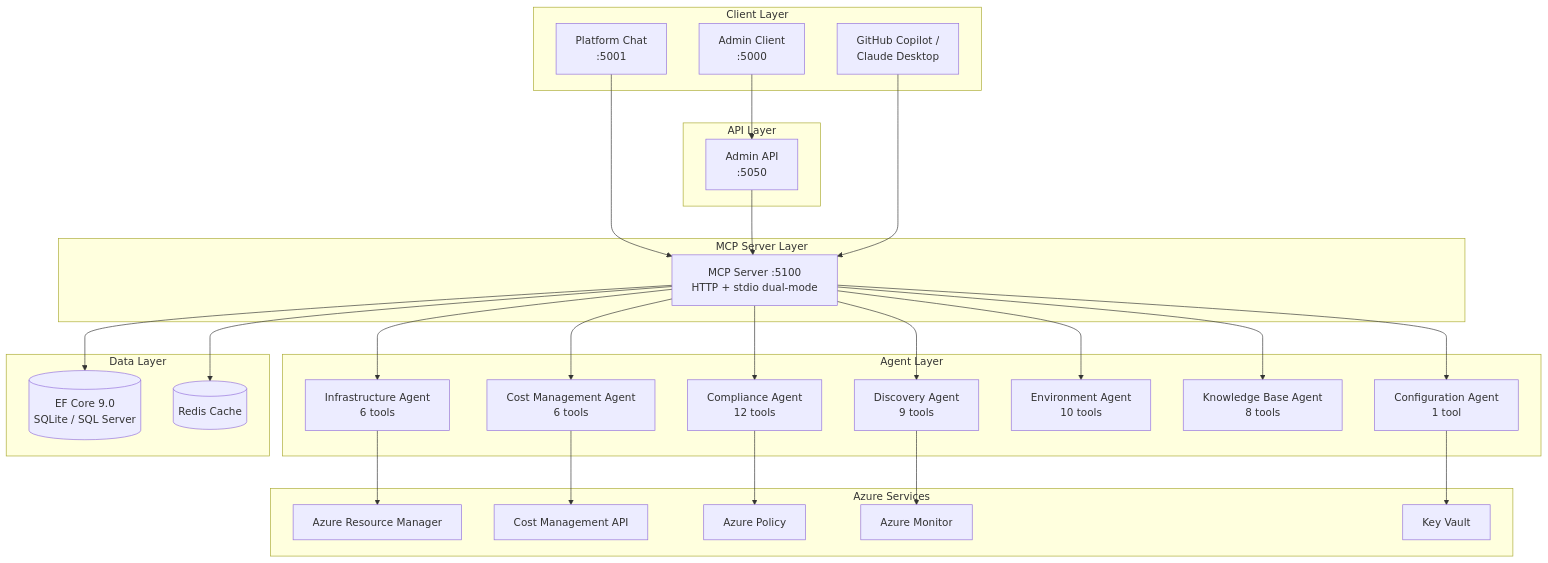
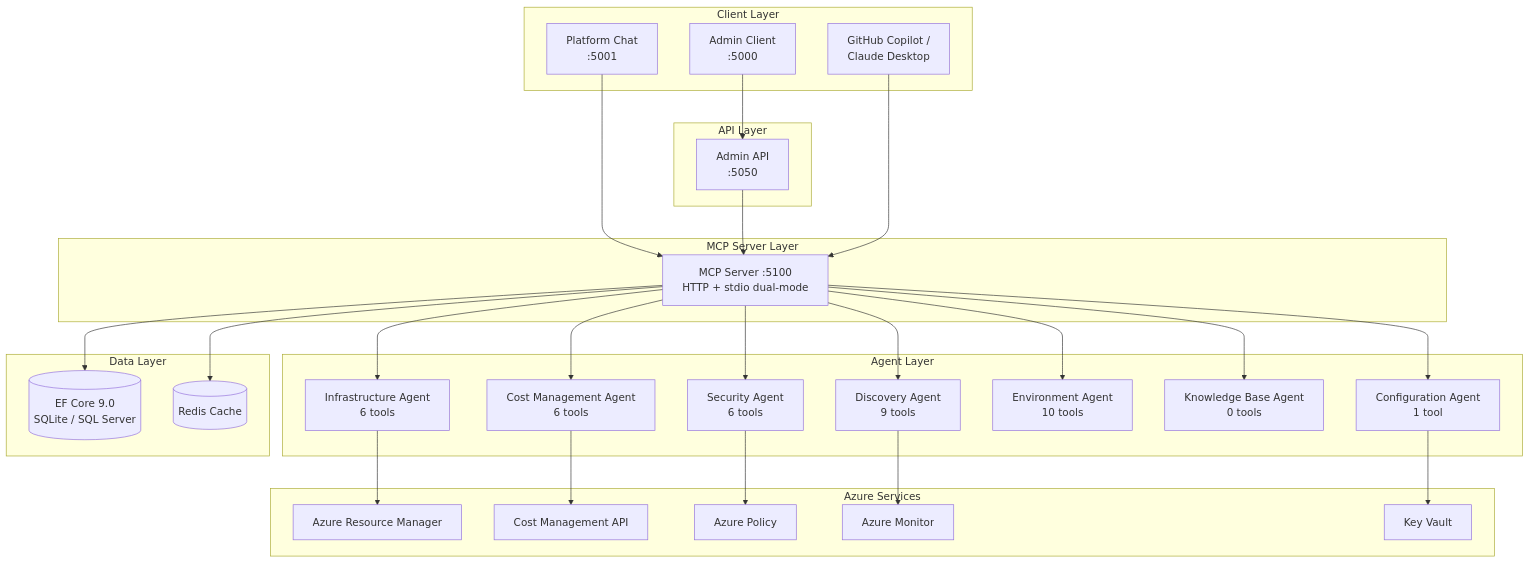
The diagram in docs/DEVELOPMENT.md (azurenoops/platform-engineering-copilot), drawn with Mermaid before and after one commit. The commit also changed other lines of this file and 116 other files, not shown here.

````diff
--- a/docs/DEVELOPMENT.md
+++ b/docs/DEVELOPMENT.md
@@ -26,61 +26,61 @@
 ```mermaid
 graph TB
   subgraph "Client Layer"
     ChatUI[Platform Chat<br/>:5001]
     AdminUI[Admin Client<br/>:5000]
     MCPClients[GitHub Copilot /<br/>Claude Desktop]
   end
 
   subgraph "API Layer"
     AdminAPI[Admin API<br/>:5050]
   end
 
   subgraph "MCP Server Layer"
     MCP[MCP Server :5100<br/>HTTP + stdio dual-mode]
   end
 
   subgraph "Agent Layer"
     Infra[Infrastructure Agent<br/>6 tools]
-    Compliance[Compliance Agent<br/>12 tools]
+    Security[Security Agent<br/>6 tools]
     Cost[Cost Management Agent<br/>6 tools]
     Discovery[Discovery Agent<br/>9 tools]
     Environment[Environment Agent<br/>10 tools]
-    KnowledgeBase[Knowledge Base Agent<br/>8 tools]
+    KnowledgeBase[Knowledge Base Agent<br/>0 tools]
     Configuration[Configuration Agent<br/>1 tool]
   end
 
   subgraph "Data Layer"
     EFCore[(EF Core 9.0<br/>SQLite / SQL Server)]
     Redis[(Redis Cache)]
   end
 
   subgraph "Azure Services"
     ARM[Azure Resource Manager]
     CostMgmt[Cost Management API]
     Policy[Azure Policy]
     Monitor[Azure Monitor]
     KeyVault[Key Vault]
   end
 
   ChatUI --> MCP
   AdminUI --> AdminAPI
   AdminAPI --> MCP
   MCPClients --> MCP
 
   MCP --> Infra
-  MCP --> Compliance
+  MCP --> Security
   MCP --> Cost
   MCP --> Discovery
   MCP --> Environment
   MCP --> KnowledgeBase
   MCP --> Configuration
 
   Infra --> ARM
   Cost --> CostMgmt
-  Compliance --> Policy
+  Security --> Policy
   Discovery --> Monitor
   Configuration --> KeyVault
 
   MCP --> EFCore
   MCP --> Redis
 ```
````
